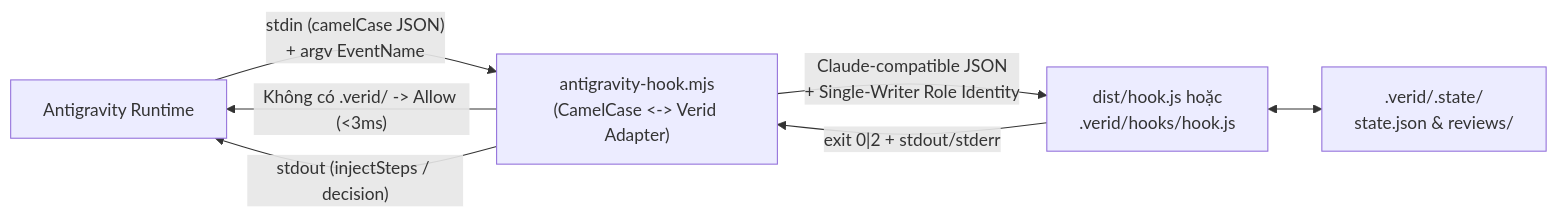
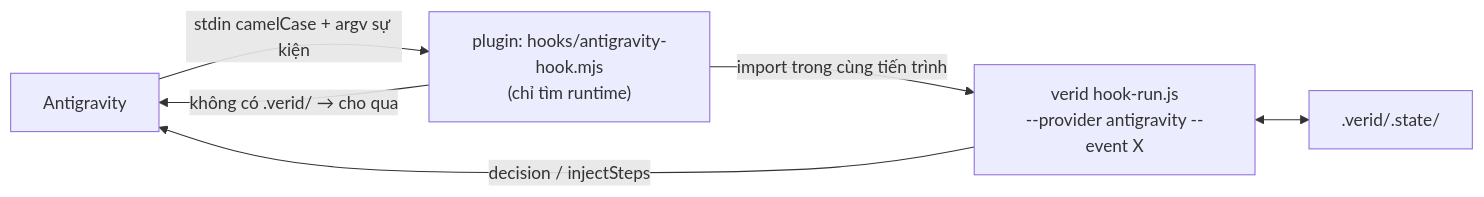
One commit to anhtranhai835/verid changed the diagram in docs/antigravity-integration.vi.md. Above: the diagram before and after it, drawn with Mermaid. The commit also changed other lines of this file and 33 other files, not shown here.

First line of the commit message:
feat(antigravity): make Antigravity a first-class provider in verid's core

````diff
--- a/docs/antigravity-integration.vi.md
+++ b/docs/antigravity-integration.vi.md
@@ -41,14 +32,13 @@
 ```mermaid
 flowchart LR
-    AGY["Antigravity Runtime"]
-    BRIDGE["antigravity-hook.mjs\n(CamelCase <-> Verid Adapter)"]
-    HOOK["dist/hook.js hoặc\n.verid/hooks/hook.js"]
-    STATE[".verid/.state/\nstate.json & reviews/"]
+    AGY["Antigravity"]
+    SHIM["plugin: hooks/antigravity-hook.mjs\n(chỉ tìm runtime)"]
+    CORE["verid hook-run.js\n--provider antigravity --event X"]
+    STATE[".verid/.state/"]
 
-    AGY -- "stdin (camelCase JSON)\n+ argv EventName" --> BRIDGE
-    BRIDGE -- "Không có .verid/ -> Allow (<3ms)" --> AGY
-    BRIDGE -- "Claude-compatible JSON\n+ Single-Writer Role Identity" --> HOOK
-    HOOK <--> STATE
-    HOOK -- "exit 0|2 + stdout/stderr" --> BRIDGE
-    BRIDGE -- "stdout (injectSteps / decision)" --> AGY
+    AGY -- "stdin camelCase + argv sự kiện" --> SHIM
+    SHIM -- "không có .verid/ → cho qua" --> AGY
+    SHIM -- "import trong cùng tiến trình" --> CORE
+    CORE <--> STATE
+    CORE -- "decision / injectSteps" --> AGY
 ```
````
